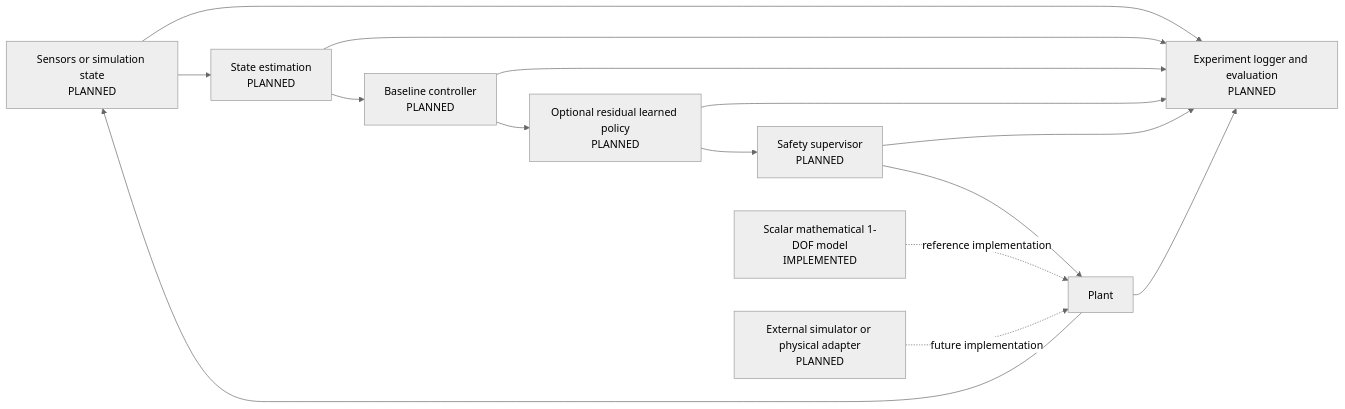
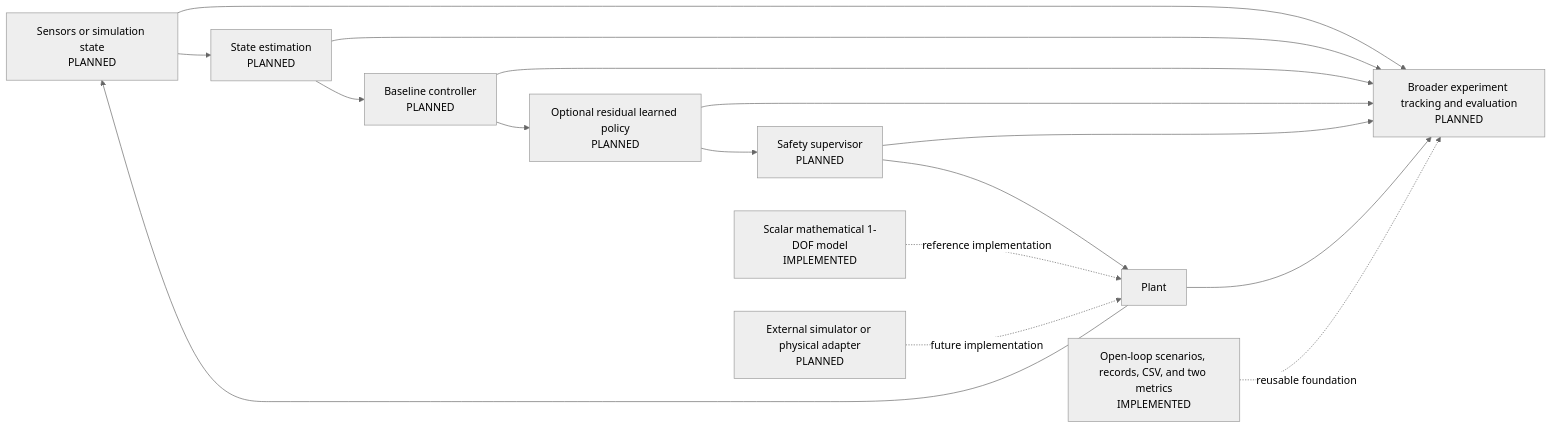
One commit to LeMonsieurPompidou/adaptive-assist changed the second of 2 diagrams in docs/developer_guide.md. Above: the diagram before and after it, drawn with Mermaid (neutral theme). The commit also changed other lines of this file and 25 other files, not shown here.

````diff
--- a/docs/developer_guide.md
+++ b/docs/developer_guide.md
@@ -192,19 +273,21 @@
 ```mermaid
 flowchart LR
     A[Sensors or simulation state<br/>PLANNED] --> B[State estimation<br/>PLANNED]
     B --> C[Baseline controller<br/>PLANNED]
     C --> D[Optional residual learned policy<br/>PLANNED]
     D --> E[Safety supervisor<br/>PLANNED]
     E --> F[Plant]
     F --> A
 
     F1[Scalar mathematical 1-DOF model<br/>IMPLEMENTED] -. reference implementation .-> F
     F2[External simulator or physical adapter<br/>PLANNED] -. future implementation .-> F
 
-    A --> G[Experiment logger and evaluation<br/>PLANNED]
+    A --> G[Broader experiment tracking and evaluation<br/>PLANNED]
     B --> G
     C --> G
     D --> G
     E --> G
     F --> G
+
+    H[Open-loop scenarios, records, CSV, and two metrics<br/>IMPLEMENTED] -. reusable foundation .-> G
 ```
````
